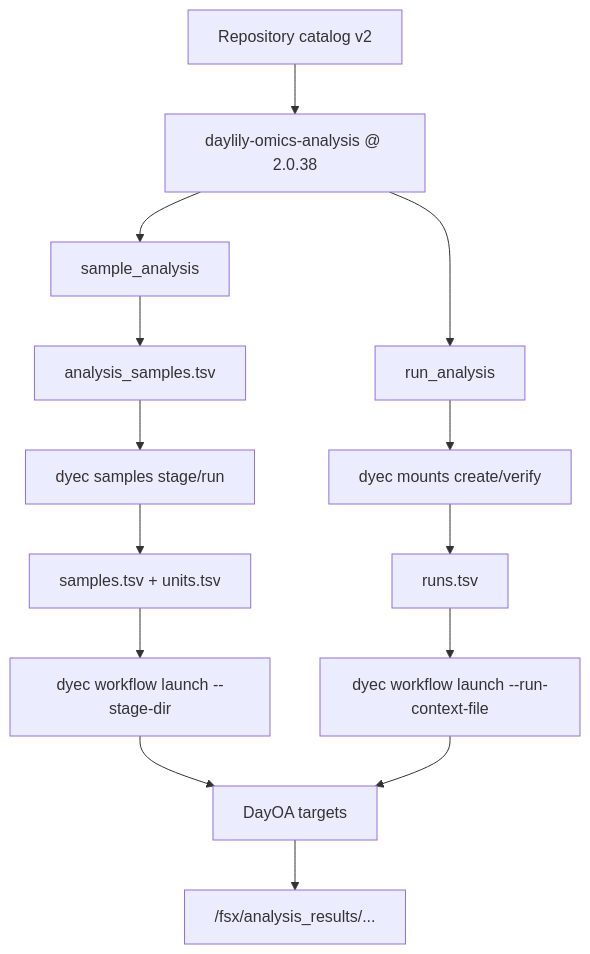
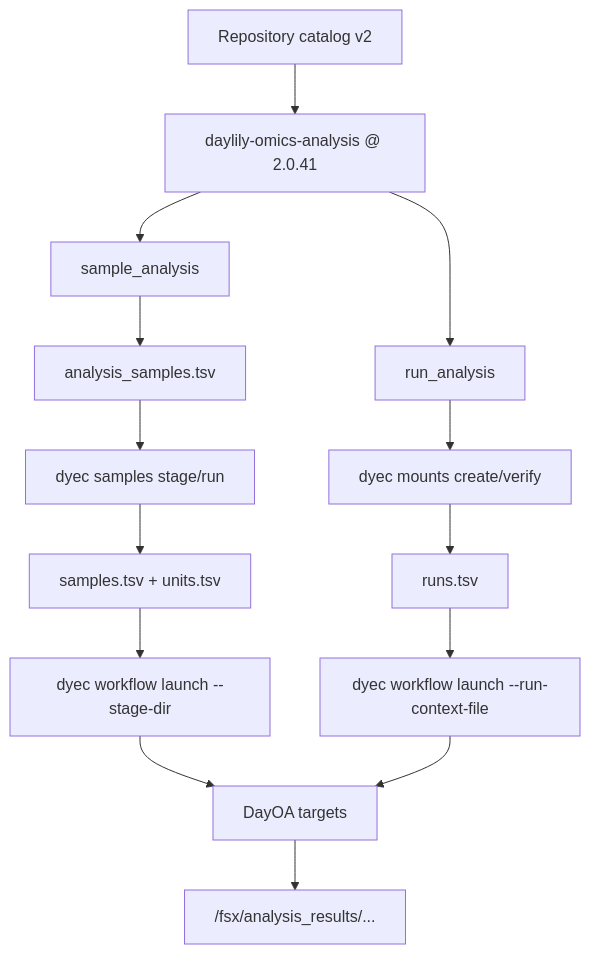
Before and after one commit to Daylily-Informatics/daylily-ephemeral-cluster: the third of 3 diagrams in docs/dra_fsx_strategy.md, drawn with Mermaid. The commit also changed other lines of this file and 401 other files, not shown here.

````diff
--- a/docs/dra_fsx_strategy.md
+++ b/docs/dra_fsx_strategy.md
@@ -102,19 +102,19 @@
 ```mermaid
 flowchart TB
-  Catalog["Repository catalog v2"] --> Repo["daylily-omics-analysis @ 2.0.38"]
+  Catalog["Repository catalog v2"] --> Repo["daylily-omics-analysis @ 2.0.41"]
   Repo --> Sample["sample_analysis"]
   Repo --> Run["run_analysis"]
 
   Sample --> Manifest["analysis_samples.tsv"]
   Manifest --> Stage["dyec samples stage/run"]
   Stage --> TSV["samples.tsv + units.tsv"]
   TSV --> LaunchA["dyec workflow launch --stage-dir"]
 
   Run --> Mount["dyec mounts create/verify"]
   Mount --> Runs["runs.tsv"]
   Runs --> LaunchB["dyec workflow launch --run-context-file"]
 
   LaunchA --> DayOA["DayOA targets"]
   LaunchB --> DayOA
   DayOA --> Results["/fsx/analysis_results/..."]
 ```
````
